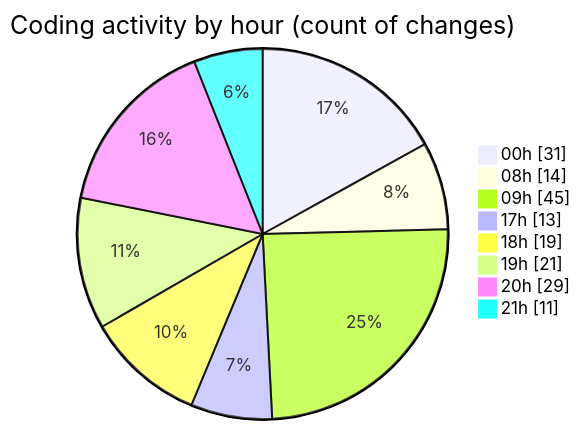
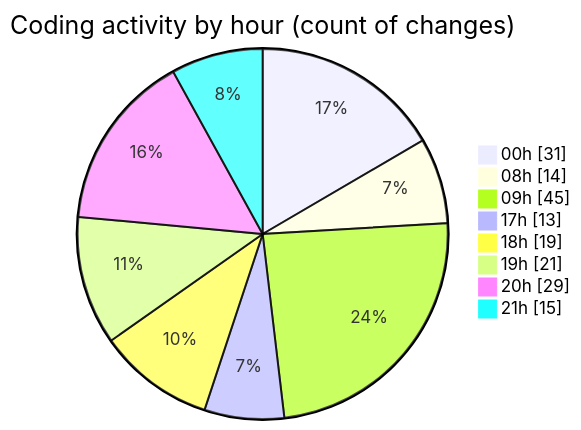
One commit to lephambinh05/code-tracking changed the second of 2 diagrams in 2025-08-03/studybuddy/README.md. Above: the diagram before and after it, drawn with Mermaid. The commit also changed other lines of this file and 1 other file, not shown here.

````diff
--- a/2025-08-03/studybuddy/README.md
+++ b/2025-08-03/studybuddy/README.md
@@ -95,12 +96,12 @@
 ```mermaid
 pie showData
 title Coding activity by hour (count of changes)
 "00h" : 31
 "08h" : 14
 "09h" : 45
 "17h" : 13
 "18h" : 19
 "19h" : 21
 "20h" : 29
-"21h" : 11
+"21h" : 15
 ```
````
